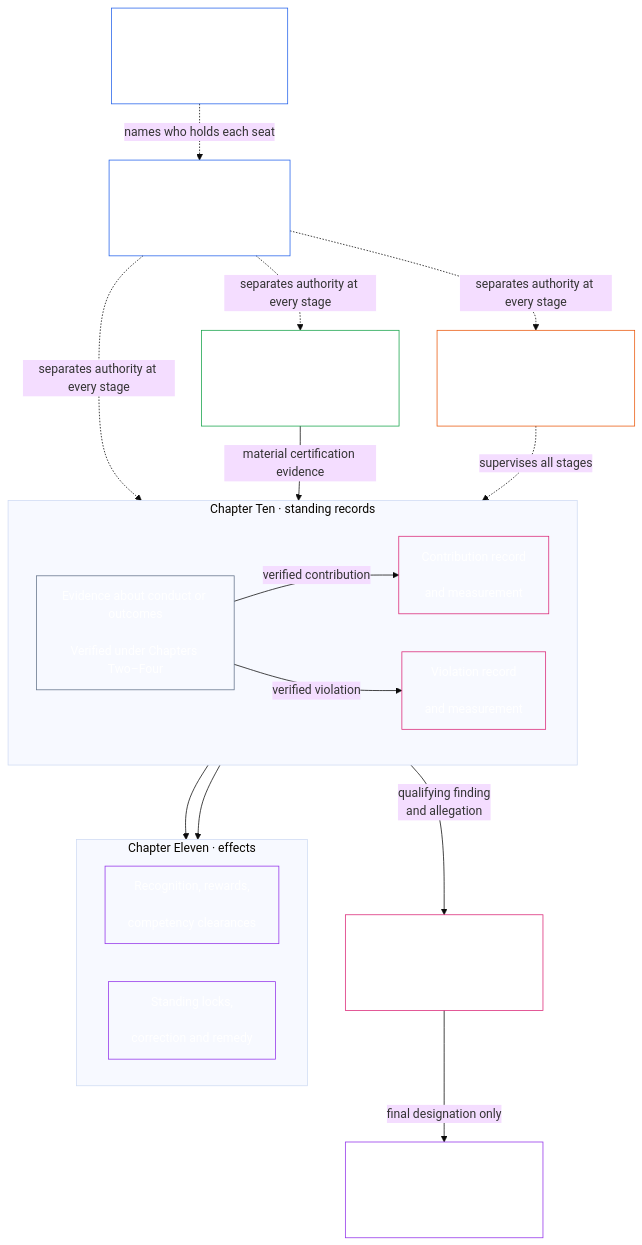
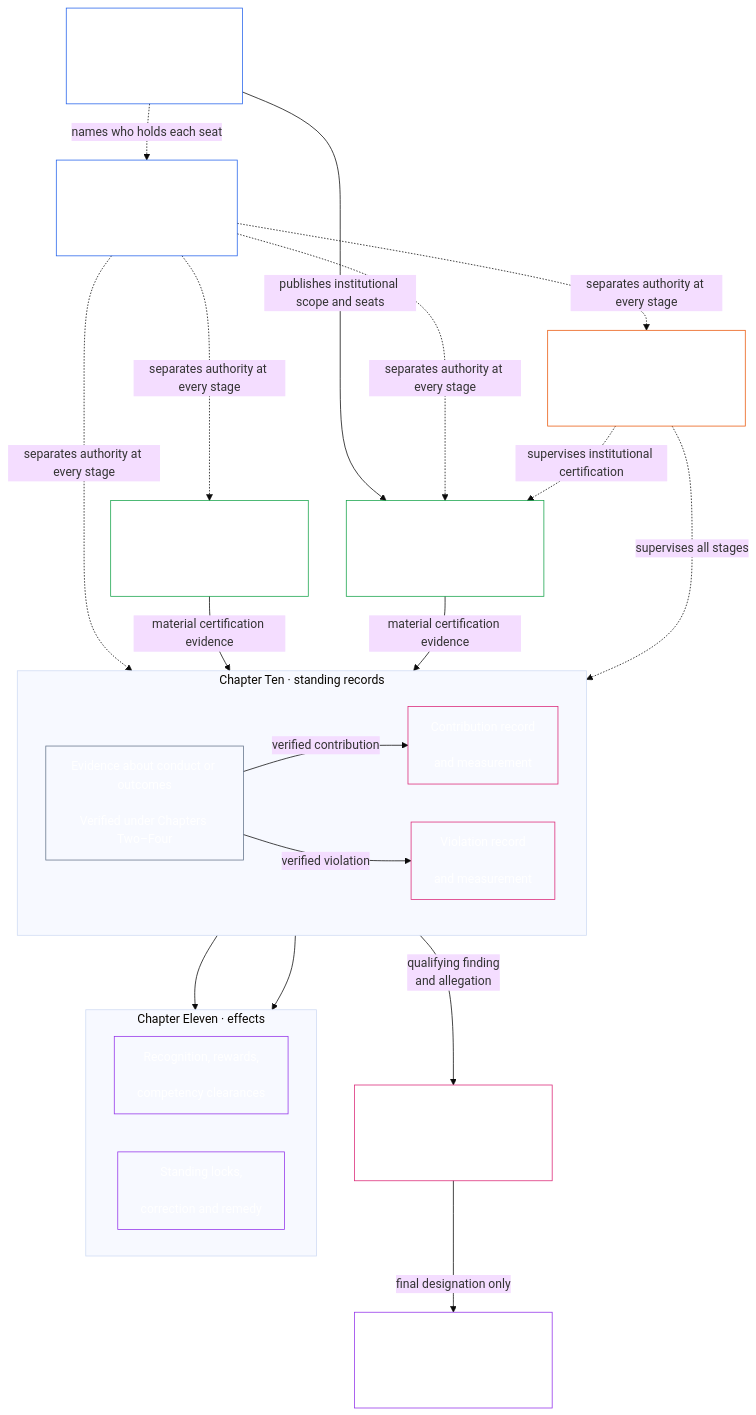
Before and after one commit to kfoelsch/Sentient_Constitution: the third of 4 diagrams in doc_architecture/generated/print_pack.md, drawn with Mermaid (base theme). The commit also changed other lines of this file and 28 other files, not shown here.

````diff
--- a/doc_architecture/generated/print_pack.md
+++ b/doc_architecture/generated/print_pack.md
@@ -371,43 +371,49 @@
 ```mermaid
 flowchart TB
     H["Chapter Seven<br/><br/>System and Institutional<br/>Charters"]
     D["Chapter Eight<br/><br/>Functional independence<br/>and separation of duties"]
-    S["Chapter Nine<br/><br/>System alignment certification"]
+    S["Chapter Nine, Parts A–B<br/><br/>System alignment certification"]
+    I["Chapter Nine, Part D<br/><br/>Institutional alignment certification"]
     subgraph Q["Chapter Ten · standing records"]
         direction LR
         E["Evidence about conduct or outcomes<br/><br/>Verified under Chapters Two–Four"]
         C["Contribution record<br/><br/>and measurement"]
         V["Violation record<br/><br/>and measurement"]
     end
     subgraph N["Chapter Eleven · effects"]
         direction LR
         U["Recognition, rewards,<br/><br/>competency clearances"]
         R["Standing locks,<br/><br/>correction and remedy"]
     end
     M["Chapter Twelve<br/><br/>Anti-constitutional misconduct review"]
     L["Chapter Eleven<br/><br/>Anti-Constitutional Trust Lock"]
     F["Chapter Thirteen forums<br/><br/>Supervision, challenge and timely review"]
     H -.->|names who holds each seat| D
+    H -->|publishes institutional scope and seats| I
     D -.->|separates authority at every stage| S
+    D -.->|separates authority at every stage| I
     D -.->|separates authority at every stage| E
     D -.->|separates authority at every stage| F
     C --> U
     V --> R
     M -->|final designation only| L
     V -->|qualifying finding<br/>and allegation| M
     S -->|material certification evidence| E
+    I -->|material certification evidence| E
     E -->|verified contribution| C
     E -->|verified violation| V
     F -.->|supervises all stages| E
+    F -.->|supervises institutional certification| I
     style H fill:none,stroke:#2563eb,color:#ffffff
     style D fill:none,stroke:#2563eb,color:#ffffff
     style S fill:none,stroke:#16a34a,color:#ffffff
+    style I fill:none,stroke:#16a34a,color:#ffffff
     style E fill:none,stroke:#64748b,color:#ffffff
     style C fill:none,stroke:#db2777,color:#ffffff
     style V fill:none,stroke:#db2777,color:#ffffff
     style U fill:none,stroke:#9333ea,color:#ffffff
     style R fill:none,stroke:#9333ea,color:#ffffff
     style M fill:none,stroke:#db2777,color:#ffffff
     style L fill:none,stroke:#9333ea,color:#ffffff
     style F fill:none,stroke:#ea580c,color:#ffffff
 ```
````
